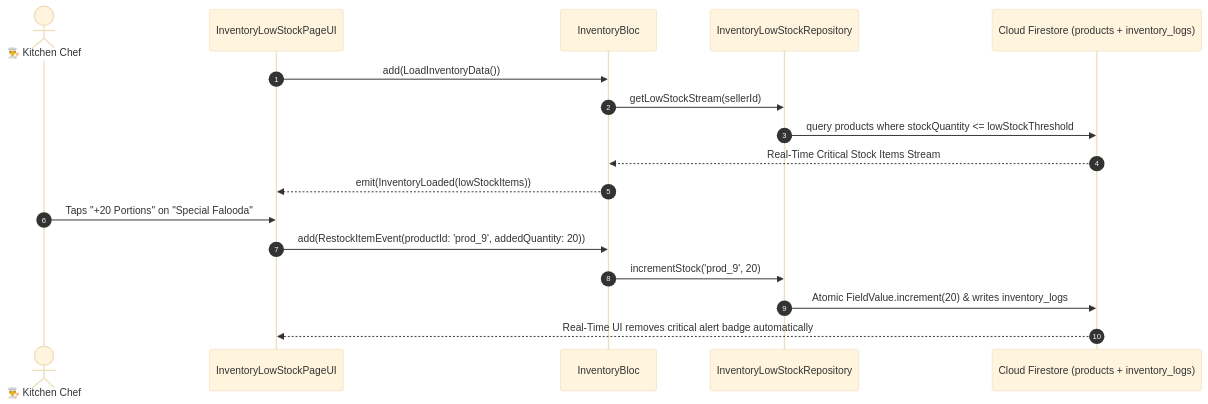
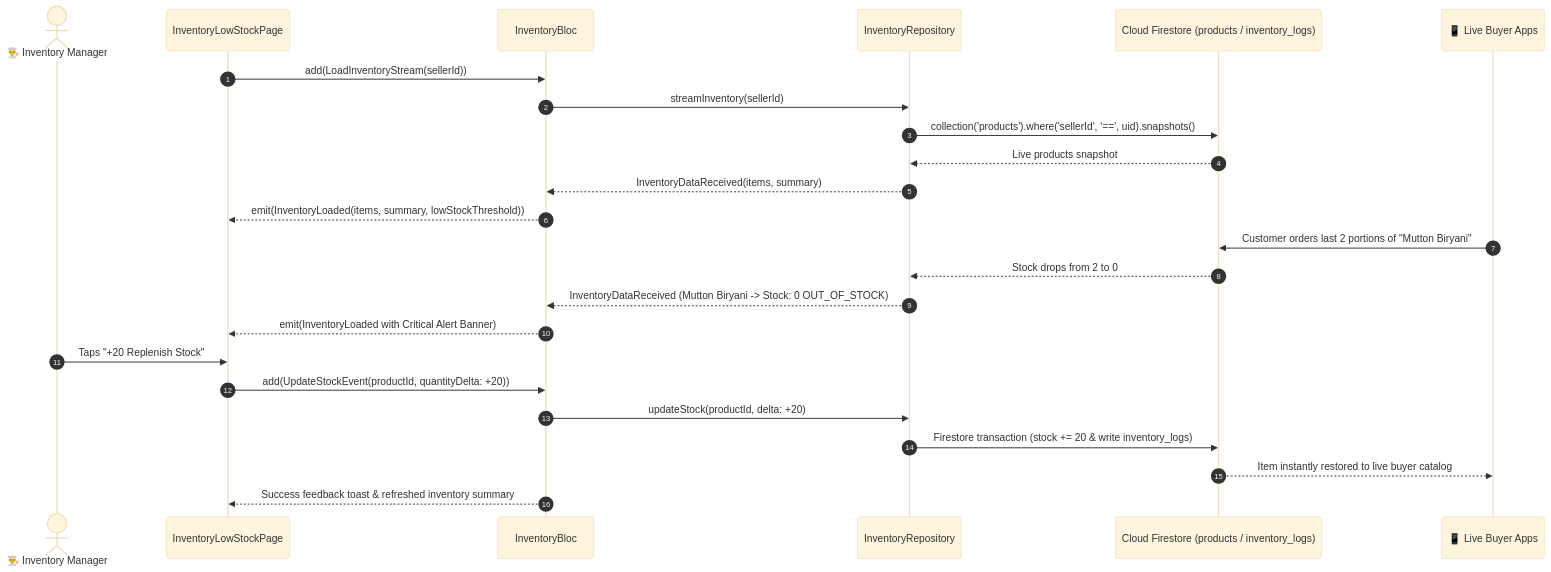
The diagram in .md_files/04_Seller_Human_Journey_And_Testing/04_Catalog_Menu_And_Inventory/15_INVENTORY_LOW_STOCK_PAGE.md (SRIKUMAR10/food_delivery_app), drawn with Mermaid (base theme) before and after one commit. The commit also changed other lines of this file and 204 other files, not shown here.

````diff
--- a/.md_files/04_Seller_Human_Journey_And_Testing/04_Catalog_Menu_And_Inventory/15_INVENTORY_LOW_STOCK_PAGE.md
+++ b/.md_files/04_Seller_Human_Journey_And_Testing/04_Catalog_Menu_And_Inventory/15_INVENTORY_LOW_STOCK_PAGE.md
@@ -16,20 +18,27 @@
 ```mermaid
 sequenceDiagram
     autonumber
-    actor Chef as 👨‍🍳 Kitchen Chef
-    participant UI as InventoryLowStockPageUI
+    actor Manager as 👨‍🍳 Inventory Manager
+    participant UI as InventoryLowStockPage
     participant Bloc as InventoryBloc
-    participant Repo as InventoryLowStockRepository
-    participant FS as Cloud Firestore (products + inventory_logs)
+    participant Repo as InventoryRepository
+    participant FS as Cloud Firestore (products / inventory_logs)
+    participant BuyerApp as 📱 Live Buyer Apps
 
-    UI->>Bloc: add(LoadInventoryData())
-    Bloc->>Repo: getLowStockStream(sellerId)
-    Repo->>FS: query products where stockQuantity <= lowStockThreshold
-    FS-->>Bloc: Real-Time Critical Stock Items Stream
-    Bloc-->>UI: emit(InventoryLoaded(lowStockItems))
-    Chef->>UI: Taps "+20 Portions" on "Special Falooda"
-    UI->>Bloc: add(RestockItemEvent(productId: 'prod_9', addedQuantity: 20))
-    Bloc->>Repo: incrementStock('prod_9', 20)
-    Repo->>FS: Atomic FieldValue.increment(20) & writes inventory_logs
-    FS-->>UI: Real-Time UI removes critical alert badge automatically
+    UI->>Bloc: add(LoadInventoryStream(sellerId))
+    Bloc->>Repo: streamInventory(sellerId)
+    Repo->>FS: collection('products').where('sellerId', '==', uid).snapshots()
+    FS-->>Repo: Live products snapshot
+    Repo-->>Bloc: InventoryDataReceived(items, summary)
+    Bloc-->>UI: emit(InventoryLoaded(items, summary, lowStockThreshold))
+    BuyerApp->>FS: Customer orders last 2 portions of "Mutton Biryani"
+    FS-->>Repo: Stock drops from 2 to 0
+    Repo-->>Bloc: InventoryDataReceived (Mutton Biryani -> Stock: 0 OUT_OF_STOCK)
+    Bloc-->>UI: emit(InventoryLoaded with Critical Alert Banner)
+    Manager->>UI: Taps "+20 Replenish Stock"
+    UI->>Bloc: add(UpdateStockEvent(productId, quantityDelta: +20))
+    Bloc->>Repo: updateStock(productId, delta: +20)
+    Repo->>FS: Firestore transaction (stock += 20 & write inventory_logs)
+    FS-->>BuyerApp: Item instantly restored to live buyer catalog
+    Bloc-->>UI: Success feedback toast & refreshed inventory summary
 ```
````
